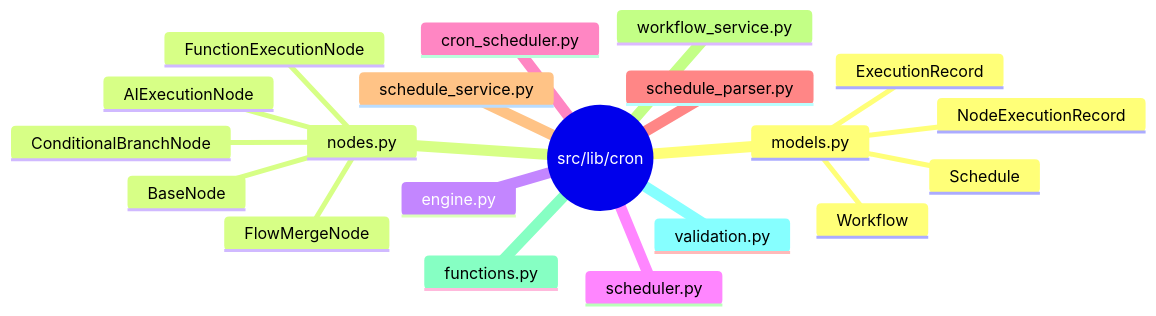
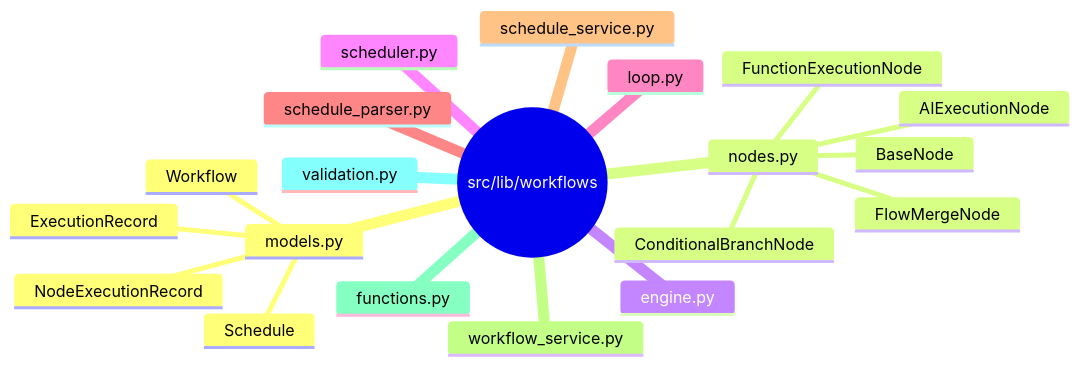
One commit to AmreetKumarkhuntia/knik changed the first of 5 diagrams in docs/guides/scheduler.md. Above: the diagram before and after it, drawn with Mermaid. The commit also changed other lines of this file and 226 other files, not shown here.

````diff
--- a/docs/guides/scheduler.md
+++ b/docs/guides/scheduler.md
@@ -23,23 +23,23 @@
 ```mermaid
 mindmap
-  root((src/lib/cron))
+  root((src/lib/workflows))
     models.py
       Workflow
       Schedule
       ExecutionRecord
       NodeExecutionRecord
     nodes.py
       BaseNode
       AIExecutionNode
       FunctionExecutionNode
       ConditionalBranchNode
       FlowMergeNode
     engine.py
     scheduler.py
-    cron_scheduler.py
+    loop.py
     schedule_parser.py
     schedule_service.py
     workflow_service.py
     functions.py
     validation.py
 ```
````
